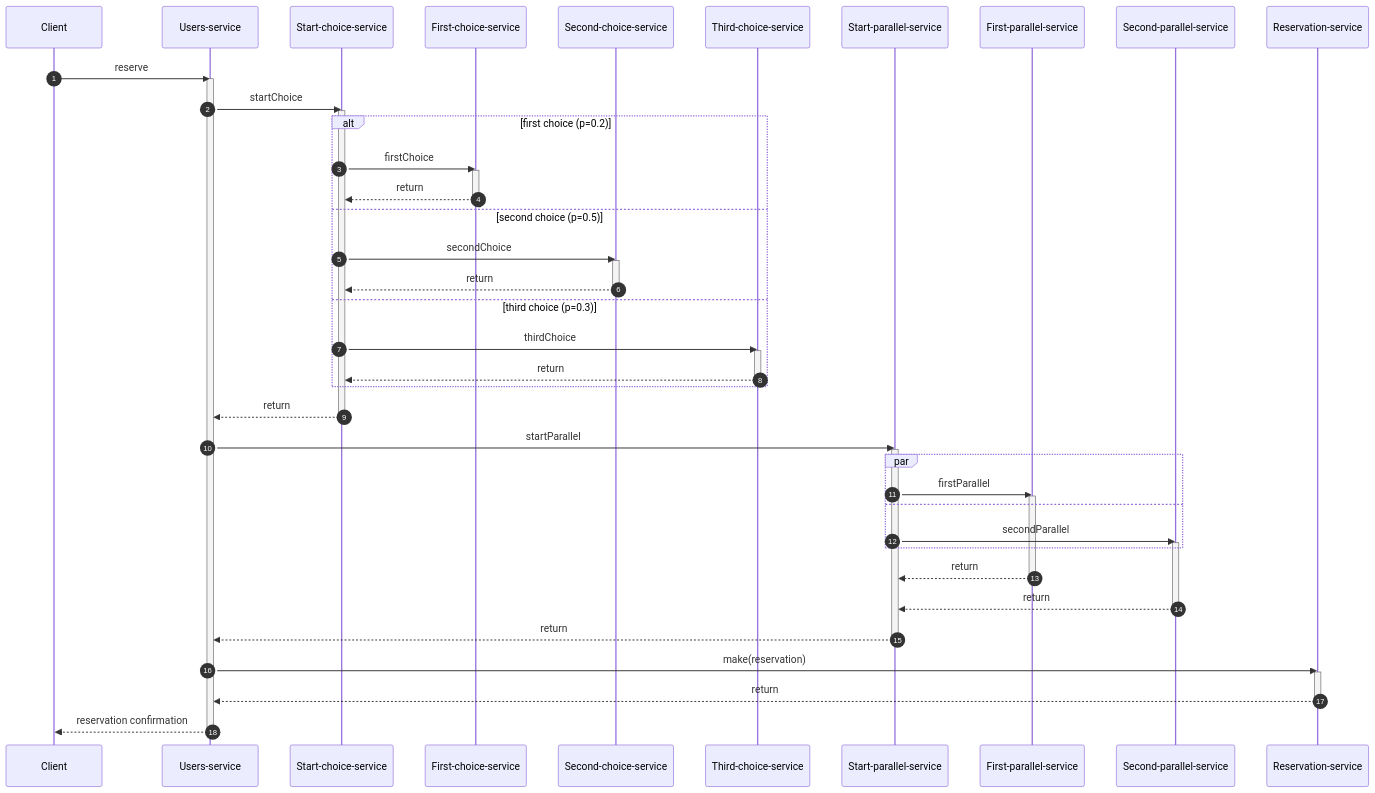
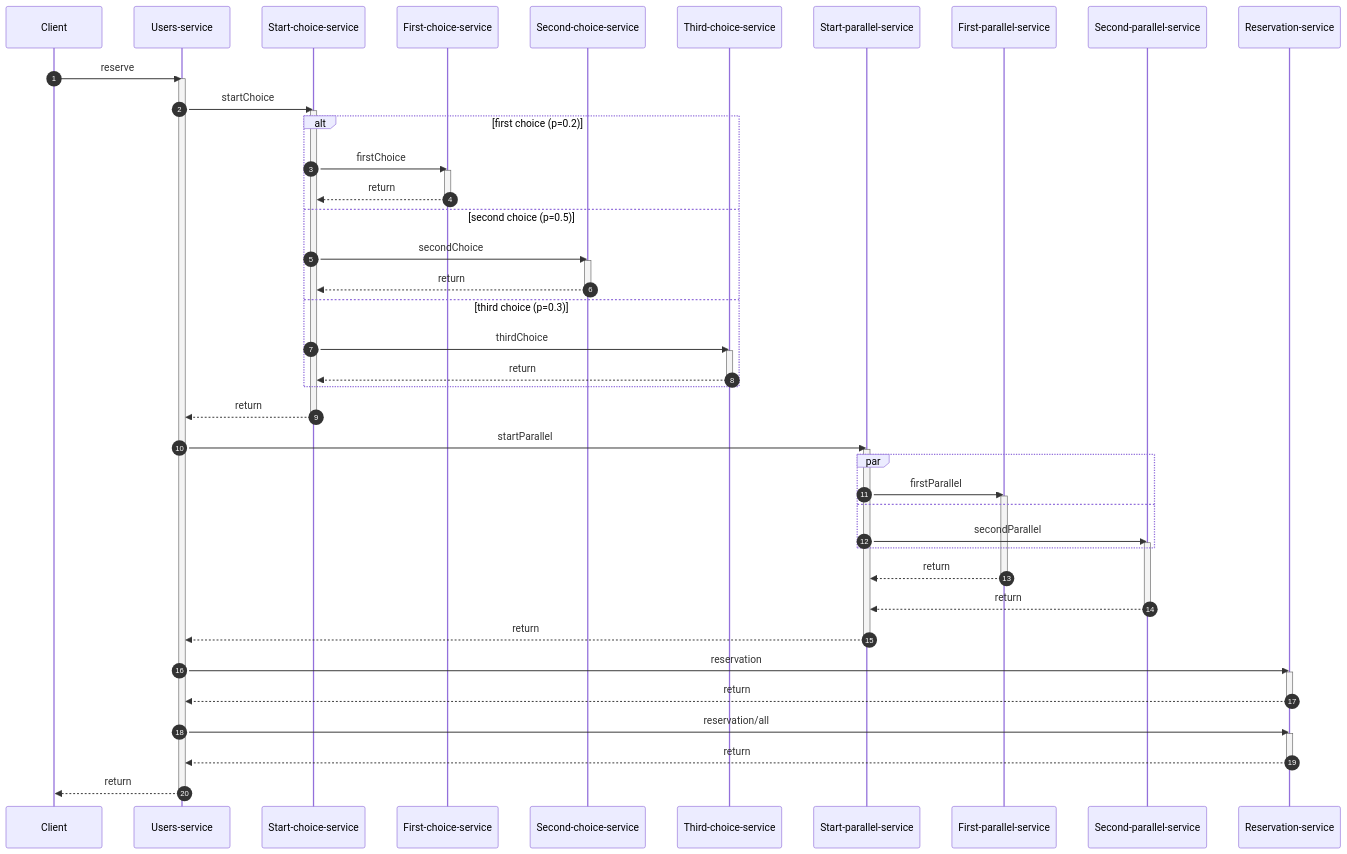
Before and after one commit to edoardosarri24/quarkus-car-rental: the diagram in report/images/5-workflow/new_workflow_sequence.md, drawn with Mermaid. The commit also changed 274 other files, not shown here.

````diff
--- a/report/images/5-workflow/new_workflow_sequence.md
+++ b/report/images/5-workflow/new_workflow_sequence.md
@@ -1,69 +1,74 @@
 ```mermaid
 sequenceDiagram
     %% INIT
     autonumber
     participant Client
     participant Users-service
     participant Start-choice-service
     participant First-choice-service
     participant Second-choice-service
     participant Third-choice-service
     participant Start-parallel-service
     participant First-parallel-service
     participant Second-parallel-service
     participant Reservation-service
 
     %% CLIENT
     Client->>Users-service: reserve
     activate Users-service
 
     %% XOR
     Users-service->>Start-choice-service: startChoice
     activate Start-choice-service
     alt first choice (p=0.2)
         Start-choice-service->>First-choice-service: firstChoice
         activate First-choice-service
         First-choice-service-->>Start-choice-service: return
         deactivate First-choice-service
     else second choice (p=0.5)
         Start-choice-service->>Second-choice-service: secondChoice
         activate Second-choice-service
         Second-choice-service-->>Start-choice-service: return
         deactivate Second-choice-service
     else third choice (p=0.3)
         Start-choice-service->>Third-choice-service: thirdChoice
         activate Third-choice-service
         Third-choice-service-->>Start-choice-service: return
         deactivate Third-choice-service
     end
     Start-choice-service-->>Users-service: return
     deactivate Start-choice-service
 
     %% AND
     Users-service->>Start-parallel-service: startParallel
     activate Start-parallel-service
     par
         Start-parallel-service->>First-parallel-service: firstParallel
         activate First-parallel-service
     and
         Start-parallel-service->>Second-parallel-service: secondParallel
         activate Second-parallel-service
     end
     First-parallel-service-->>Start-parallel-service: return
     deactivate First-parallel-service
     Second-parallel-service-->>Start-parallel-service: return
     deactivate Second-parallel-service
     Start-parallel-service-->>Users-service: return
     deactivate Start-parallel-service
 
 
     %% OTHER
-    Users-service->>Reservation-service: make(reservation)
+    Users-service->>Reservation-service: reservation
+    activate Reservation-service
+    Reservation-service-->>Users-service: return
+    deactivate Reservation-service
+
+    Users-service->>Reservation-service: reservation/all
     activate Reservation-service
     Reservation-service-->>Users-service: return
     deactivate Reservation-service
 
     %% END
-    Users-service-->>Client: reservation confirmation
+    Users-service-->>Client: return
     deactivate Users-service
 ```
````
